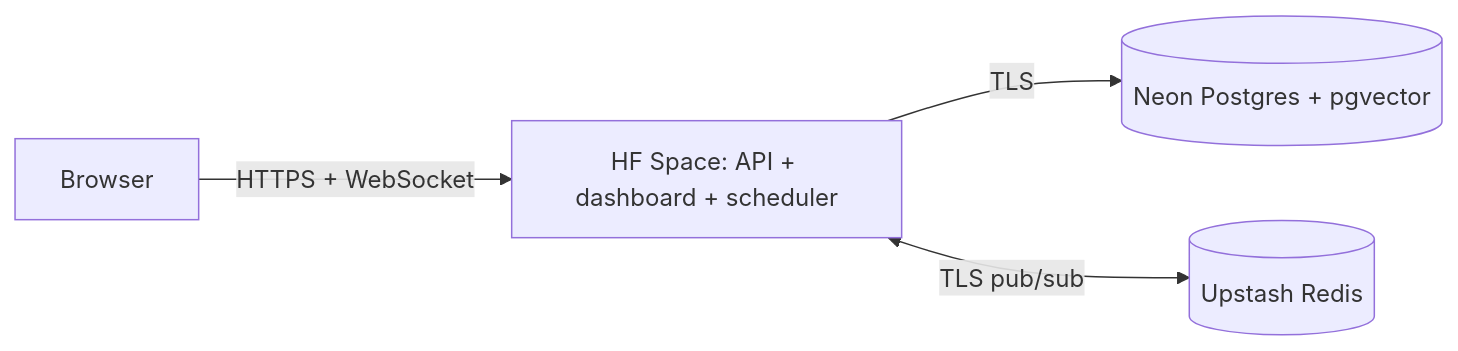
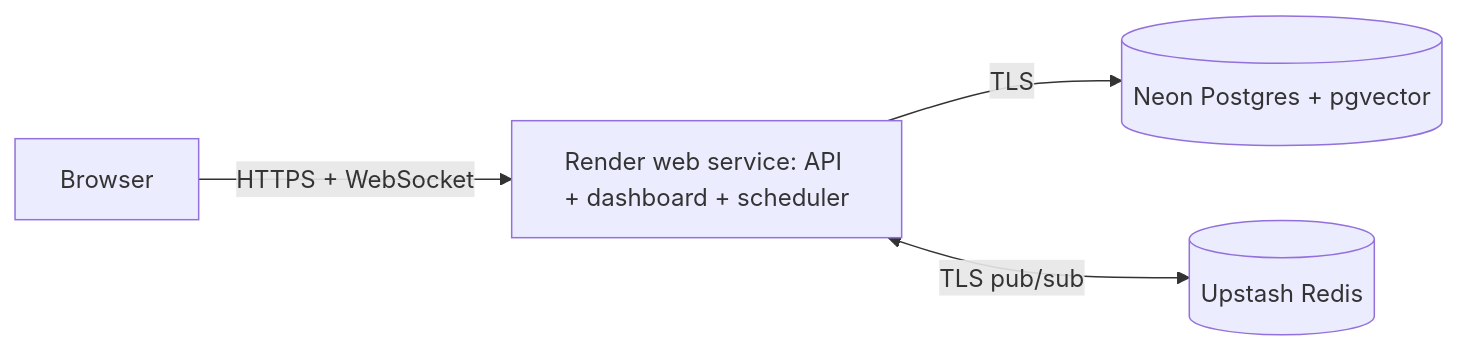
The diagram in docs/DEPLOY_FREE.md (Abhishek2114/sentinel-triage), drawn with Mermaid before and after one commit. The commit also changed other lines of this file and 5 other files, not shown here.

````diff
--- a/docs/DEPLOY_FREE.md
+++ b/docs/DEPLOY_FREE.md
@@ -11,6 +13,6 @@
 ```mermaid
 flowchart LR
-    Browser -->|HTTPS + WebSocket| Space["HF Space: API + dashboard + scheduler"]
-    Space -->|TLS| Neon[(Neon Postgres + pgvector)]
-    Space <-->|TLS pub/sub| Upstash[(Upstash Redis)]
+    Browser -->|HTTPS + WebSocket| Render["Render web service: API + dashboard + scheduler"]
+    Render -->|TLS| Neon[(Neon Postgres + pgvector)]
+    Render <-->|TLS pub/sub| Upstash[(Upstash Redis)]
 ```
````
